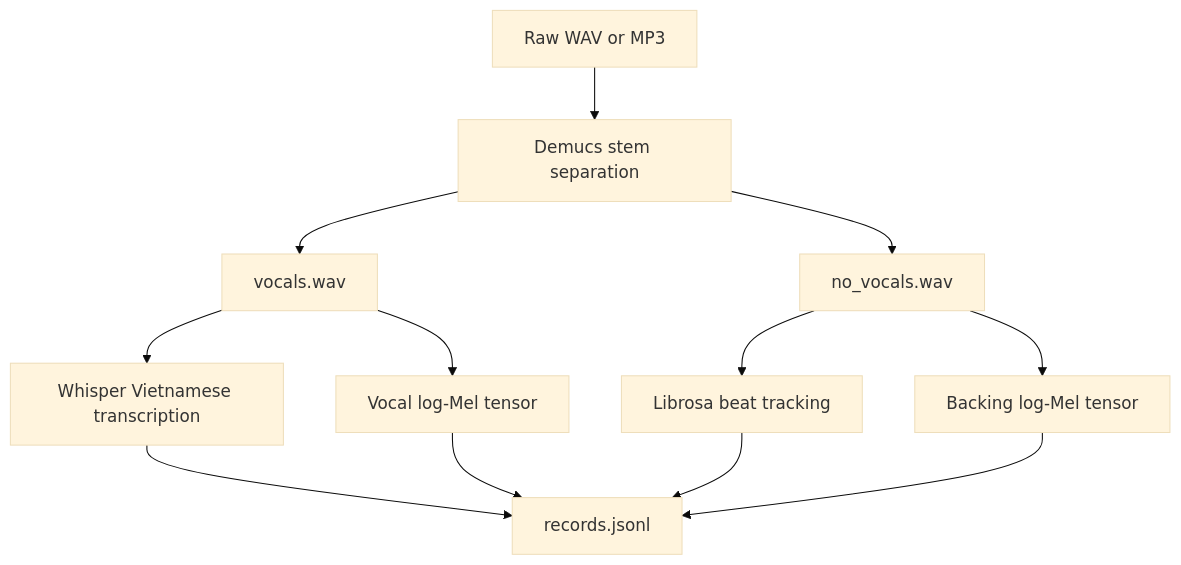
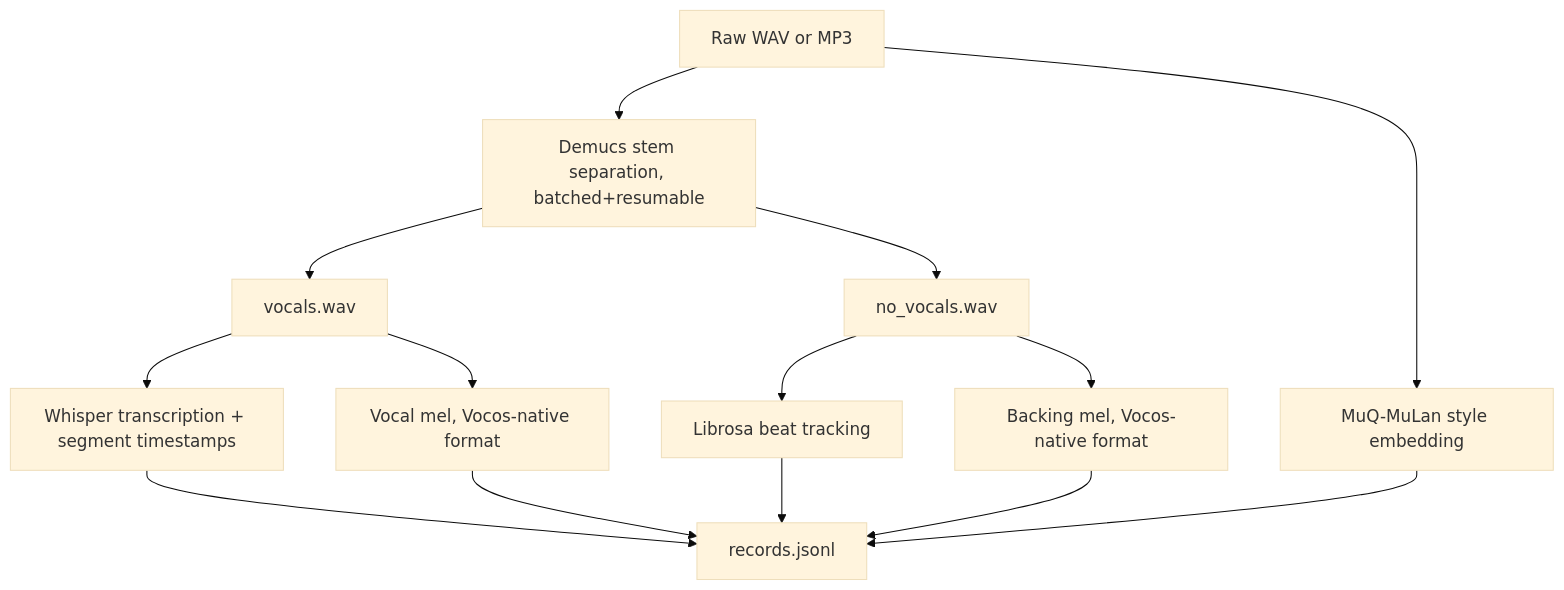
Before and after one commit to nhuy5602/GenMusic: the diagram in src/data/README.md, drawn with Mermaid (base theme). The commit also changed other lines of this file and 6 other files, not shown here.

Commit message:
docs: fix stale claims and update for current architecture

````diff
--- a/src/data/README.md
+++ b/src/data/README.md
@@ -8,14 +8,16 @@
 ```mermaid
 flowchart TD
-    Raw[Raw WAV or MP3] --> Demucs[Demucs stem separation]
+    Raw[Raw WAV or MP3] --> Demucs[Demucs stem separation, batched+resumable]
+    Raw --> MuLan[MuQ-MuLan style embedding]
     Demucs --> Vocals[vocals.wav]
     Demucs --> Backing[no_vocals.wav]
-    Vocals --> Whisper[Whisper Vietnamese transcription]
+    Vocals --> Whisper[Whisper transcription + segment timestamps]
     Backing --> BPM[Librosa beat tracking]
-    Vocals --> VocalMel[Vocal log-Mel tensor]
-    Backing --> BackingMel[Backing log-Mel tensor]
+    Vocals --> VocalMel[Vocal mel, Vocos-native format]
+    Backing --> BackingMel[Backing mel, Vocos-native format]
     Whisper --> Records[records.jsonl]
     BPM --> Records
     VocalMel --> Records
     BackingMel --> Records
+    MuLan --> Records
 ```
````
